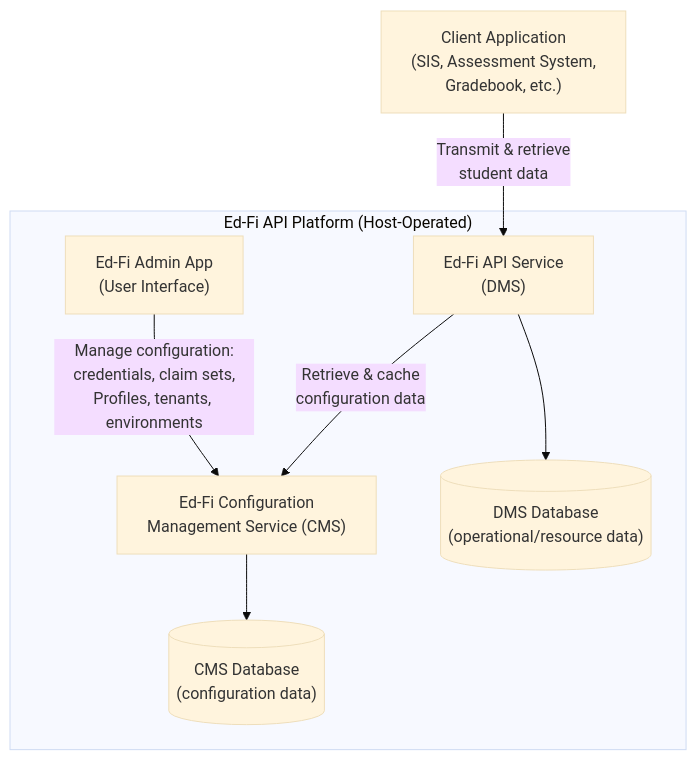
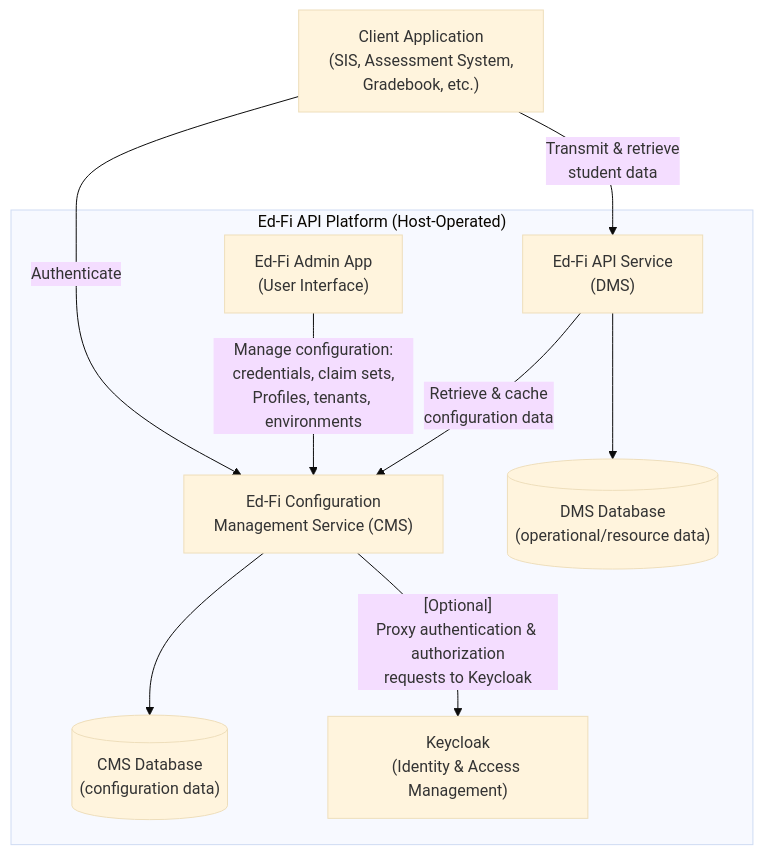
The diagram in docs/PRD-v8.0.md (Ed-Fi-Alliance-OSS/Data-Management-Service), drawn with Mermaid (base theme) before and after one commit.

Commit message:
docs: Add authentication flow to enterprise architecture

````diff
--- a/docs/PRD-v8.0.md
+++ b/docs/PRD-v8.0.md
@@ -99,18 +99,23 @@
 ```mermaid
 graph TB
     ClientApp["Client Application<br/>(SIS, Assessment System,<br/>Gradebook, etc.)"]
 
     subgraph Platform["Ed-Fi API Platform (Host-Operated)"]
     AdminUI["Ed-Fi Admin App<br/>(User Interface)"]
         DMS["Ed-Fi API Service<br/>(DMS)"]
         CMS["Ed-Fi Configuration<br/>Management Service (CMS)"]
         DMSDB[("DMS Database<br/>(operational/resource data)")]
         CMSDB[("CMS Database<br/>(configuration data)")]
+
+        KeyCloak["Keycloak<br/>(Identity & Access Management)"]
     end
 
+    ClientApp -->|"Authenticate"| CMS
     ClientApp -->|"Transmit & retrieve<br/>student data"| DMS
     AdminUI -->|"Manage configuration:<br/>credentials, claim sets,<br/>Profiles, tenants, environments"| CMS
     DMS -->|"Retrieve & cache<br/>configuration data"| CMS
     DMS --> DMSDB
     CMS --> CMSDB
+
+    CMS -->|"[Optional]<br />Proxy authentication & authorization<br/>requests to Keycloak"| KeyCloak
 ```
````
